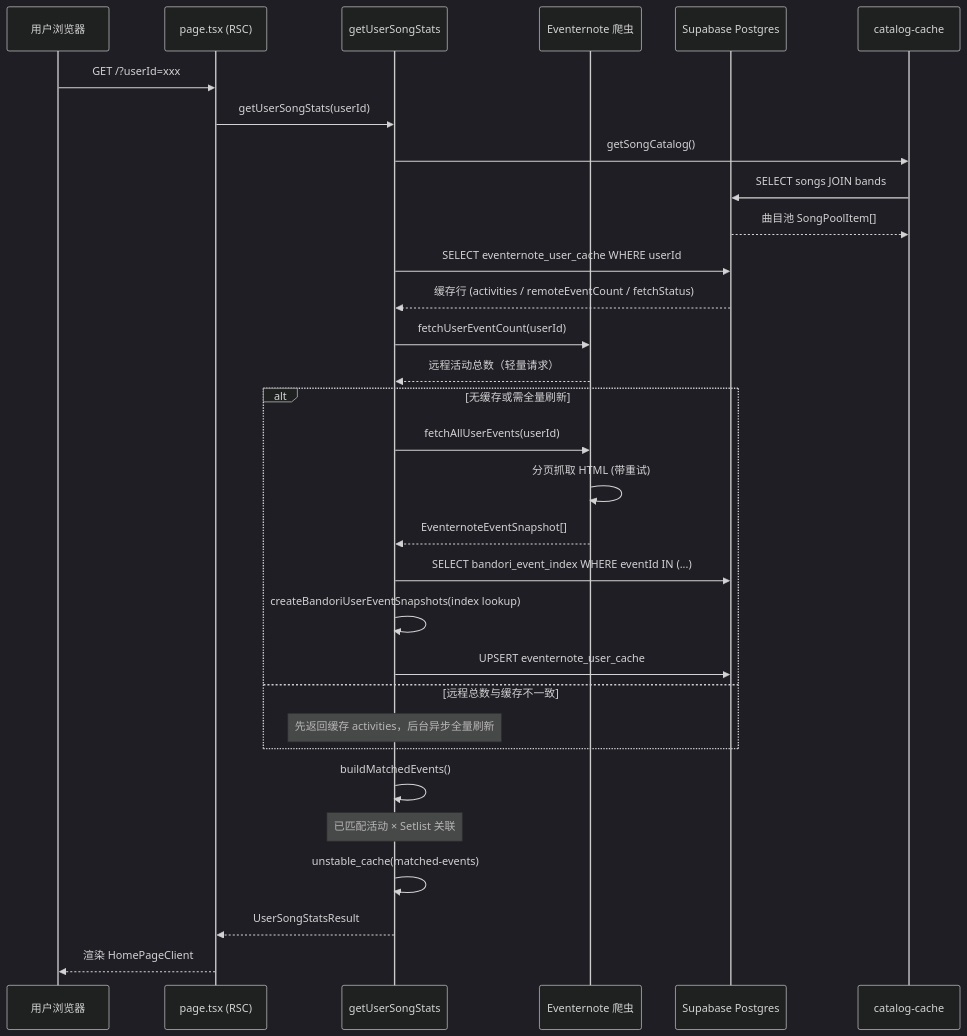
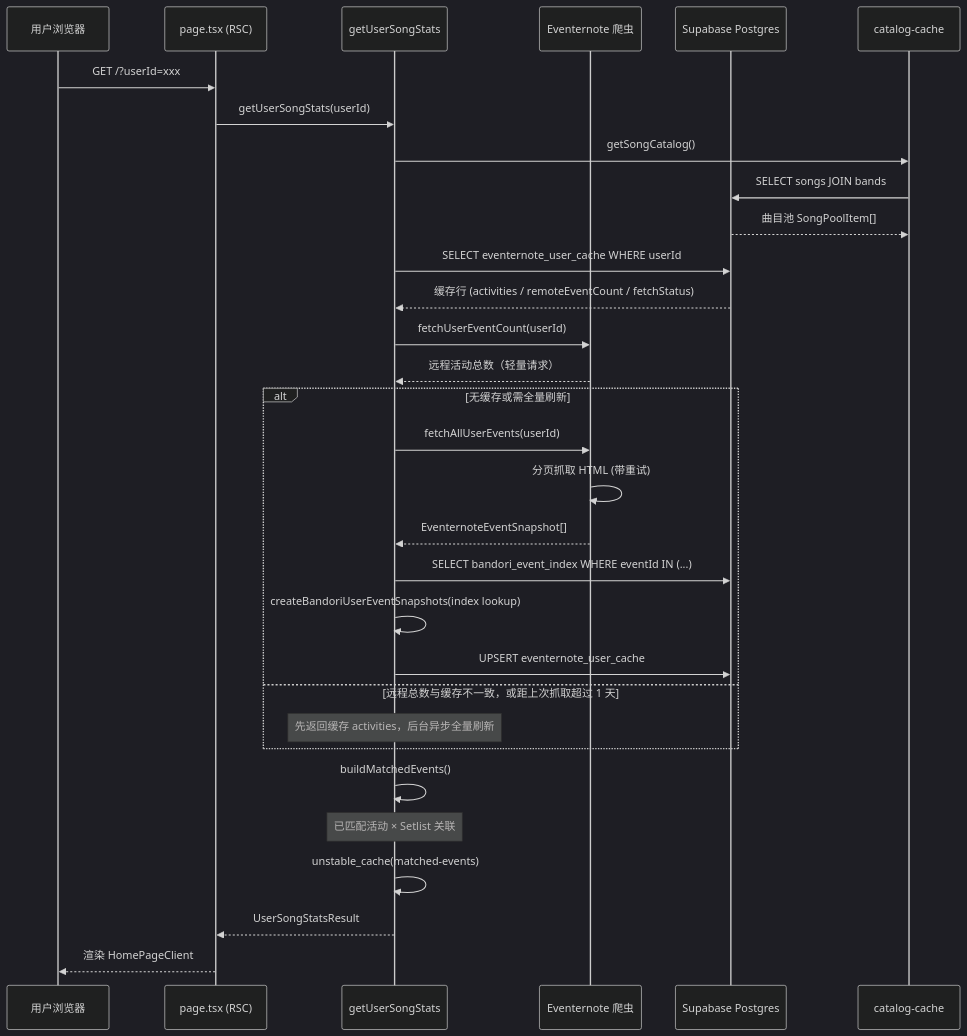
Before and after one commit to calcxx/bandori-live-songs: the second of 5 diagrams in ARCHITECTURE.md, drawn with Mermaid (dark theme). The commit also changed other lines of this file and 7 other files, not shown here.

````diff
--- a/ARCHITECTURE.md
+++ b/ARCHITECTURE.md
@@ -89,36 +89,36 @@
 ```mermaid
 sequenceDiagram
     participant U as 用户浏览器
     participant P as page.tsx (RSC)
     participant S as getUserSongStats
     participant EN as Eventernote 爬虫
     participant DB as Supabase Postgres
     participant C as catalog-cache
 
     U->>P: GET /?userId=xxx
     P->>S: getUserSongStats(userId)
     S->>C: getSongCatalog()
     C->>DB: SELECT songs JOIN bands
     DB-->>C: 曲目池 SongPoolItem[]
     S->>DB: SELECT eventernote_user_cache WHERE userId
     DB-->>S: 缓存行 (activities / remoteEventCount / fetchStatus)
     S->>EN: fetchUserEventCount(userId)
     EN-->>S: 远程活动总数（轻量请求）
 
     alt 无缓存或需全量刷新
         S->>EN: fetchAllUserEvents(userId)
         EN->>EN: 分页抓取 HTML (带重试)
         EN-->>S: EventernoteEventSnapshot[]
         S->>DB: SELECT bandori_event_index WHERE eventId IN (...)
         S->>S: createBandoriUserEventSnapshots(index lookup)
         S->>DB: UPSERT eventernote_user_cache
-    else 远程总数与缓存不一致
+    else 远程总数与缓存不一致，或距上次抓取超过 1 天
         Note over S: 先返回缓存 activities，后台异步全量刷新
     end
 
     S->>S: buildMatchedEvents()
     Note over S: 已匹配活动 × Setlist 关联
     S->>S: unstable_cache(matched-events)
     S-->>P: UserSongStatsResult
     P-->>U: 渲染 HomePageClient
 ```
````
